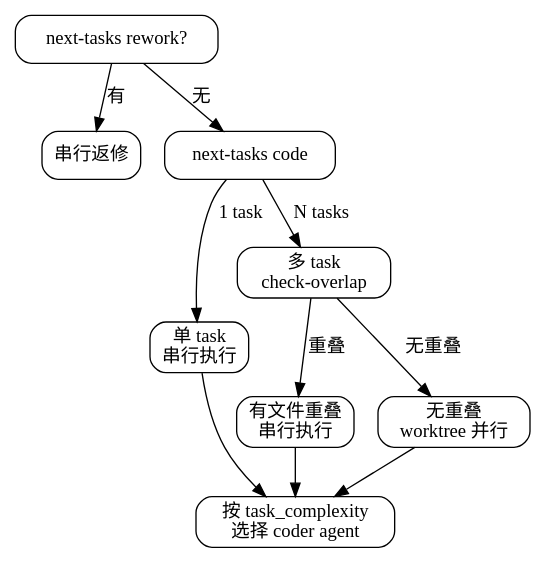
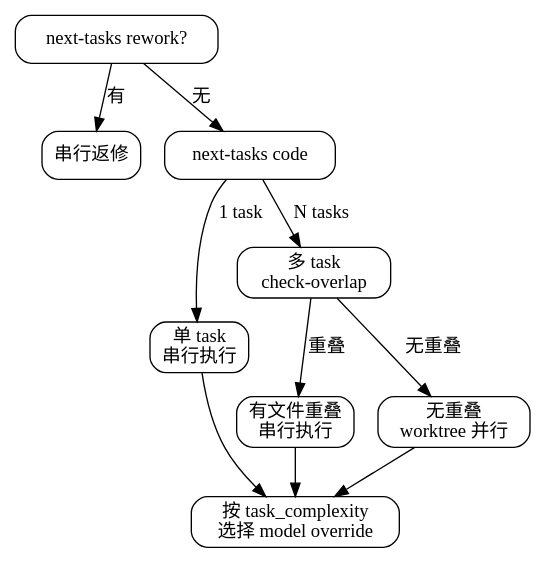
The diagram in skills/chisel-implement/SKILL.md (Jxin-Cai/chisel), drawn with Graphviz before and after one commit. The commit also changed other lines of this file and 10 other files, not shown here.

First line of the commit message:
feat: 合并 coder agent 为单一 agent + model override，新增 analyst subagent 分离深度走查，升版至 0.32.0

````diff
--- a/skills/chisel-implement/SKILL.md
+++ b/skills/chisel-implement/SKILL.md
@@ -18,23 +18,23 @@
 ```dot
 digraph implement_flow {
   rankdir=TB; node [shape=box, style=rounded];
   start [label="next-tasks rework?"];
   rework [label="串行返修"];
   code [label="next-tasks code"];
   single [label="单 task\n串行执行"];
   multi [label="多 task\ncheck-overlap"];
   overlap [label="有文件重叠\n串行执行"];
   parallel [label="无重叠\nworktree 并行"];
-  select [label="按 task_complexity\n选择 coder agent"];
+  select [label="按 task_complexity\n选择 model override"];
 
   start -> rework [label="有"];
   start -> code [label="无"];
   code -> single [label="1 task"];
   code -> multi [label="N tasks"];
   multi -> overlap [label="重叠"];
   multi -> parallel [label="无重叠"];
   single -> select;
   overlap -> select;
   parallel -> select;
 }
 ```
````
